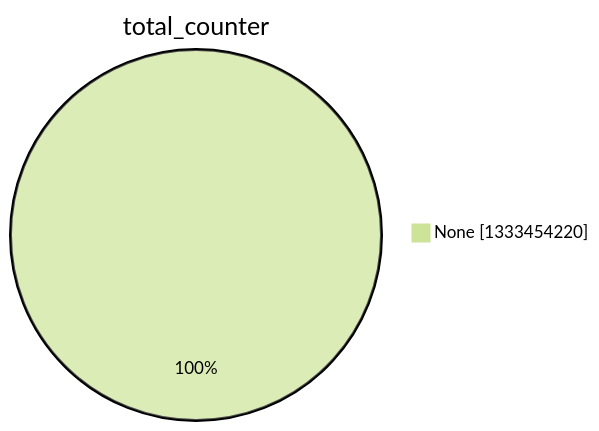
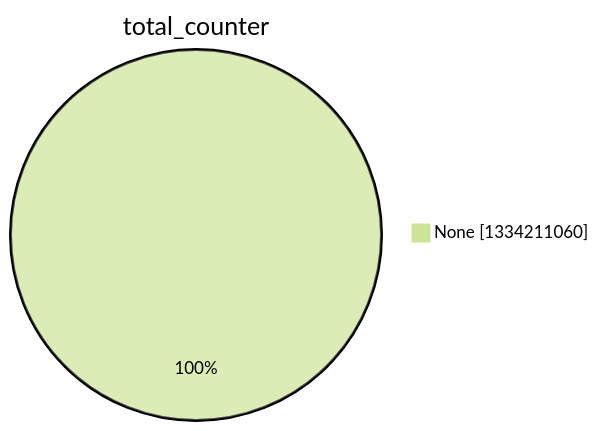
Before and after one commit to christiankrug/ctmonitor_visualization: the second of 15 diagrams in argon2022/README.md, drawn with Mermaid (forest theme). The commit also changed other lines of this file, not shown here.

````diff
--- a/argon2022/README.md
+++ b/argon2022/README.md
@@ -9,5 +9,5 @@
 ```mermaid
 pie showData
 title total_counter
-"None" :1333454220
+"None" :1334211060
 ```
````
